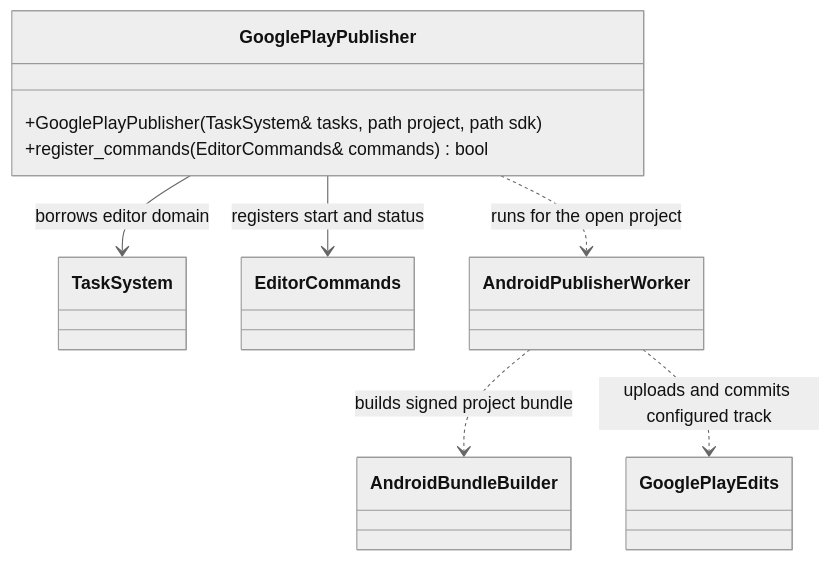
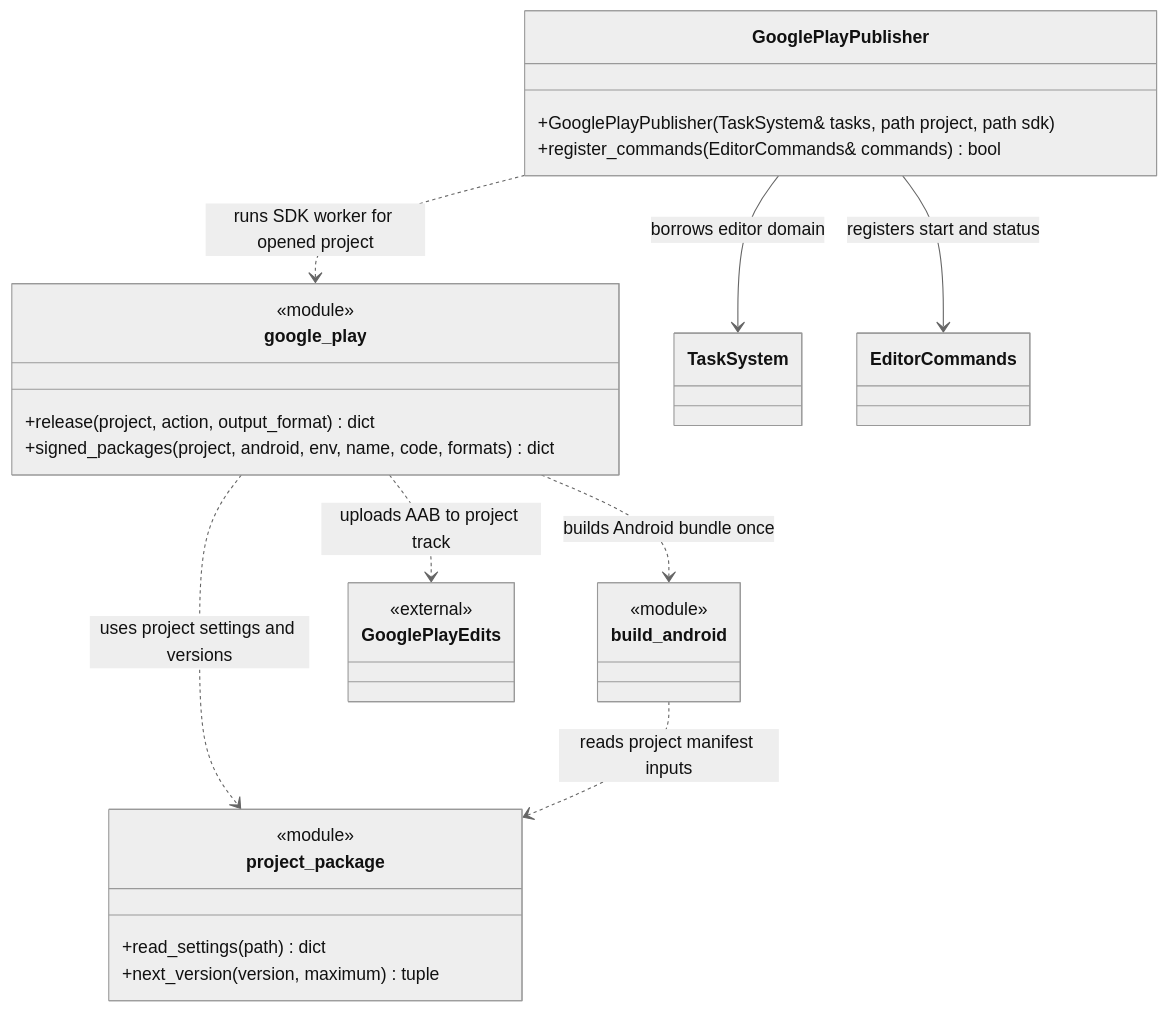
Before and after one commit to lcgamedevelop/Engine: the diagram in docs/plugins/editor/class-diagrams/google-play.md, drawn with Mermaid (neutral theme). The commit also changed other lines of this file and 16 other files, not shown here.

Commit message:
Drive signed APK and AAB exports from one project Android settings table

````diff
--- a/docs/plugins/editor/class-diagrams/google-play.md
+++ b/docs/plugins/editor/class-diagrams/google-play.md
@@ -5,12 +5,30 @@
 ```mermaid
 classDiagram
     class GooglePlayPublisher {
         +GooglePlayPublisher(TaskSystem& tasks, path project, path sdk)
         +register_commands(EditorCommands& commands) bool
     }
+    class google_play {
+        <<module>>
+        +release(project, action, output_format) dict
+        +signed_packages(project, android, env, name, code, formats) dict
+    }
+    class project_package {
+        <<module>>
+        +read_settings(path) dict
+        +next_version(version, maximum) tuple
+    }
+    class build_android {
+        <<module>>
+    }
+    class GooglePlayEdits {
+        <<external>>
+    }
     GooglePlayPublisher --> TaskSystem : borrows editor domain
     GooglePlayPublisher --> EditorCommands : registers start and status
-    GooglePlayPublisher ..> AndroidPublisherWorker : runs for the open project
-    AndroidPublisherWorker ..> AndroidBundleBuilder : builds signed project bundle
-    AndroidPublisherWorker ..> GooglePlayEdits : uploads and commits configured track
+    GooglePlayPublisher ..> google_play : runs SDK worker for opened project
+    google_play ..> project_package : uses project settings and versions
+    build_android ..> project_package : reads project manifest inputs
+    google_play ..> build_android : builds Android bundle once
+    google_play ..> GooglePlayEdits : uploads AAB to project track
 ```
````
